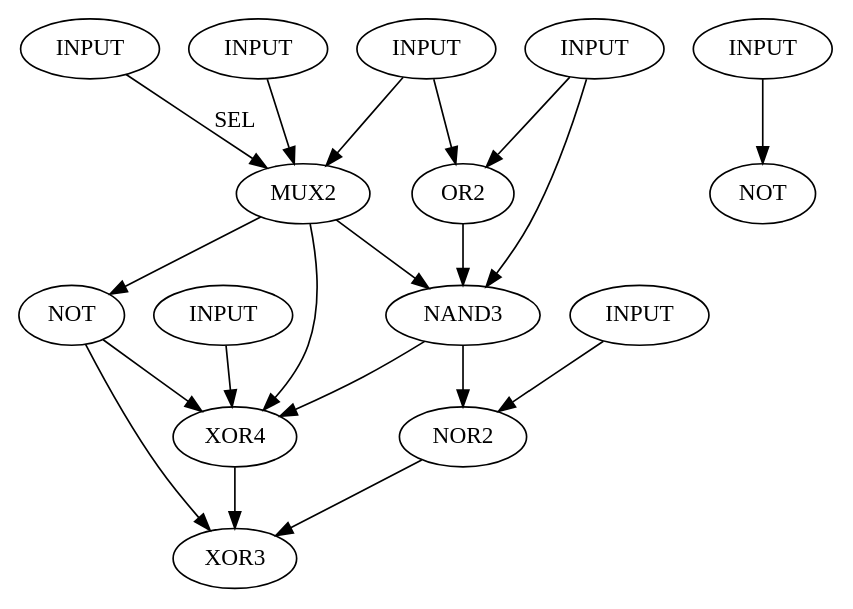
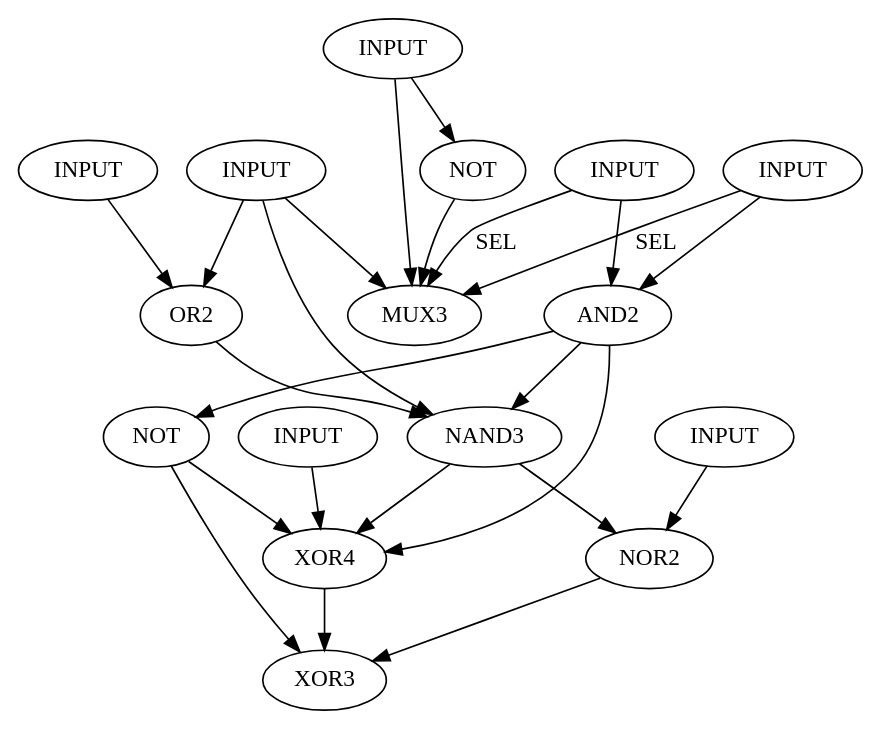
Before and after one commit to LogicCircuitSimalutor/Logic_Circuit_Simulator: the diagram in fichier.dot, drawn with Graphviz. The commit also changed 5 other files, not shown here.

```diff
--- a/fichier.dot
+++ b/fichier.dot
@@ -1,46 +1,53 @@
 digraph circuit
 
 {
 
 
 in1[label="INPUT"];
 in2[label="INPUT"];
 in3[label="INPUT"];
 in4[label="INPUT"];
 in5[label="INPUT"];
 in6[label="INPUT"];
 in7[label="INPUT"];
 
-a[label="MUX2"];
+a[label="AND2"];
 b[label="OR2"];
 c[label="NOT"];
 d[label="NAND3"];
 e[label="XOR4"];
 f[label="NOR2"];
 g[label="NOT"];
 h[label="XOR3"];
+i[label="MUX3"];
 
-in1->a[label="SEL"];
+in1->a;
 in2->a;
-in3->a;
 in3->b;
 in4->b;
 in4->d;
 in5->e;
 in6->f;
 in7->g;
+
+in1->i[label="SEL"];
+in2->i[label="SEL"];
+
+g->i;
+in7->i;
+in4->i;
 
 a->c;
 a->e;
 a->d;
 
 b->d;
 c->e;
 d->e;
 d->f;
 e->h;
 f->h;
 c->h;
 
 
 }
```
